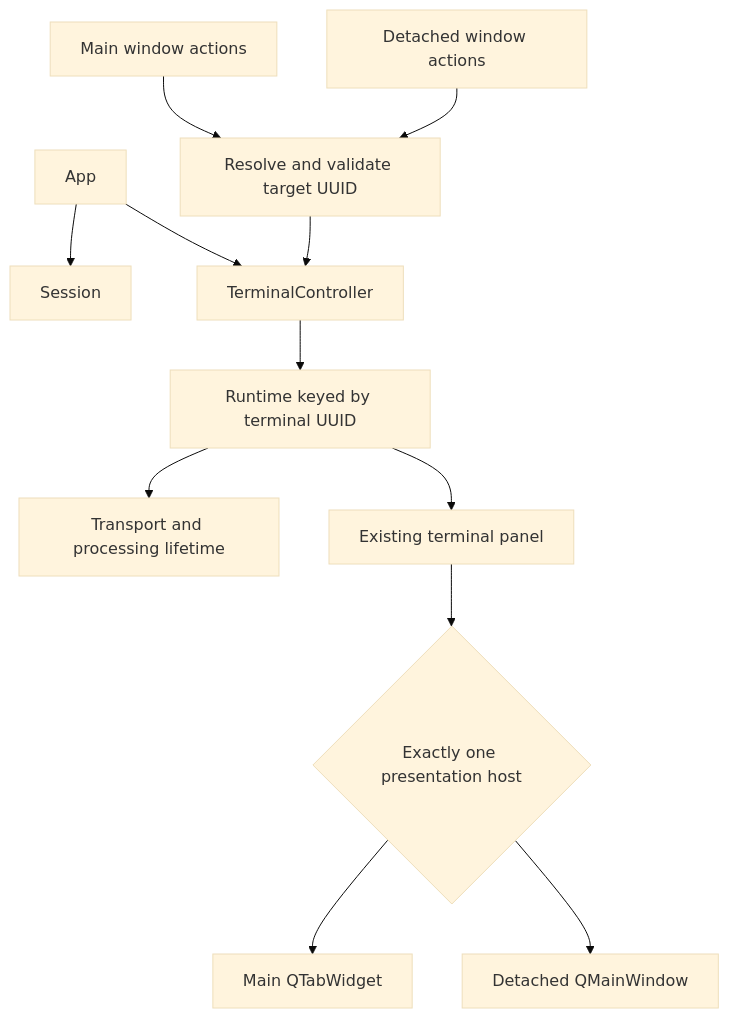
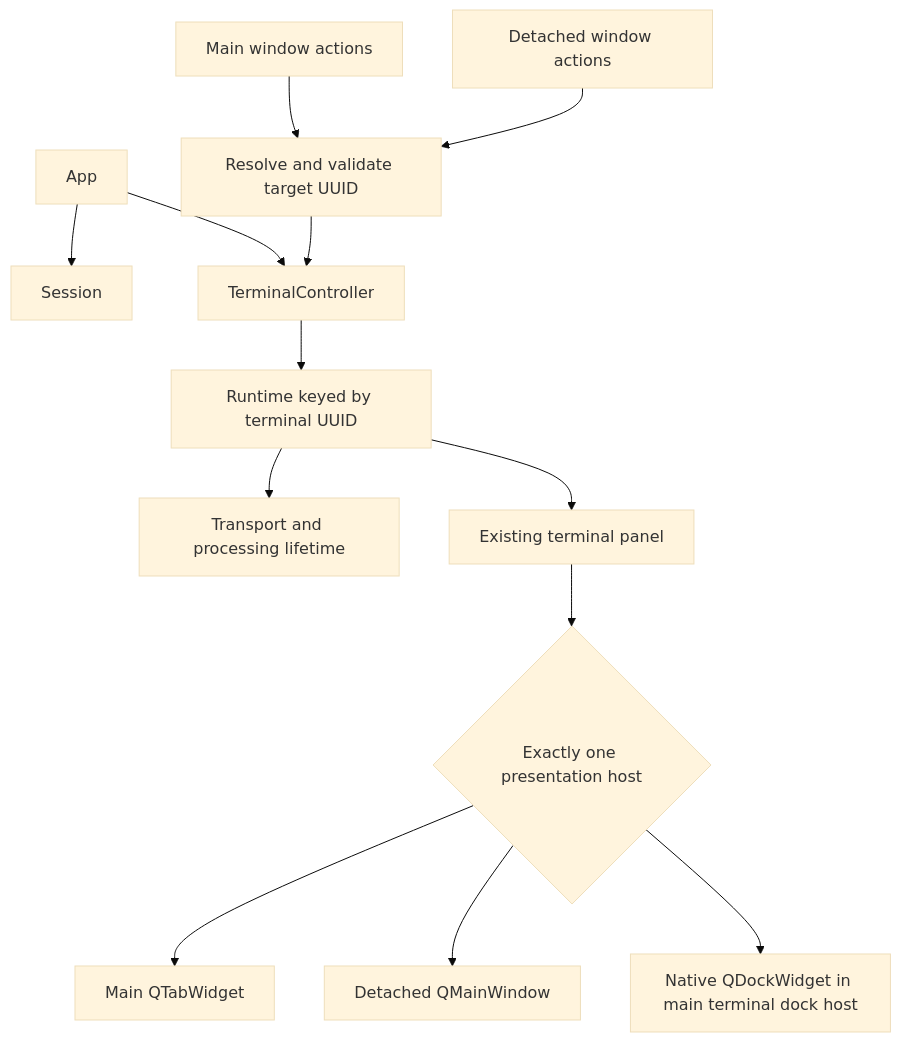
One commit to Octaviarius/TermMaster changed the diagram in docs/terminal-windows.md. Above: the diagram before and after it, drawn with Mermaid (base theme). The commit also changed other lines of this file and 1 other file, not shown here.

Commit message:
Docs: record terminal docking controls and verification

````diff
--- a/docs/terminal-windows.md
+++ b/docs/terminal-windows.md
@@ -54,14 +54,15 @@
 ```mermaid
 flowchart TB
     App --> Session
     App --> Controller[TerminalController]
     Controller --> Runtime[Runtime keyed by terminal UUID]
     Runtime --> Transport[Transport and processing lifetime]
     Runtime --> Panel[Existing terminal panel]
     Panel --> Placement{Exactly one presentation host}
     Placement --> Tabs[Main QTabWidget]
     Placement --> Window[Detached QMainWindow]
+    Placement --> Dock[Native QDockWidget in main terminal dock host]
     MainCommands[Main window actions] --> Target[Resolve and validate target UUID]
     WindowCommands[Detached window actions] --> Target
     Target --> Controller
 ```
````
